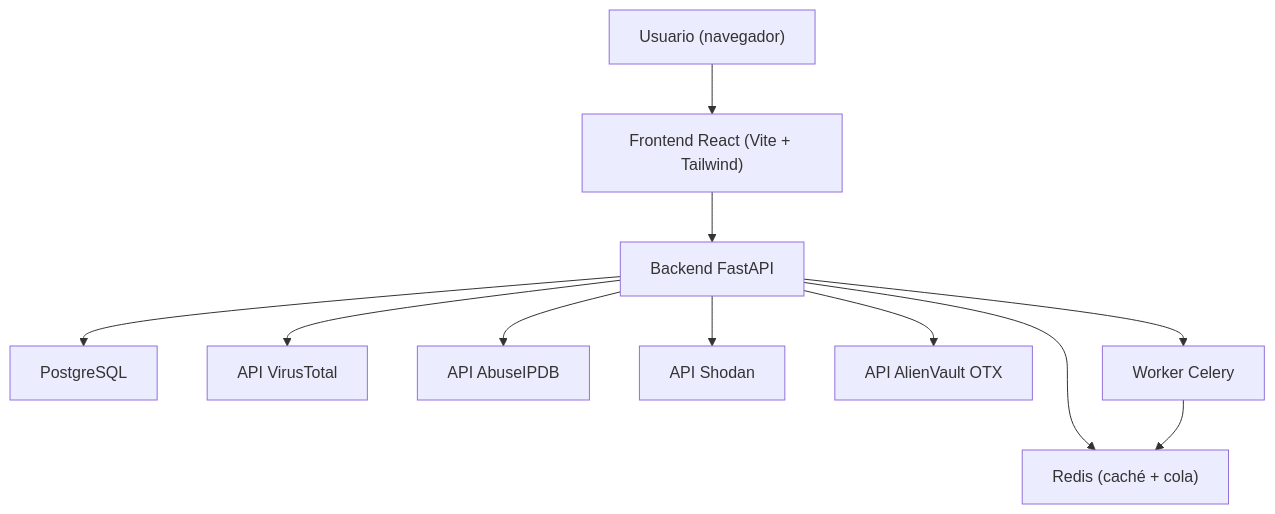
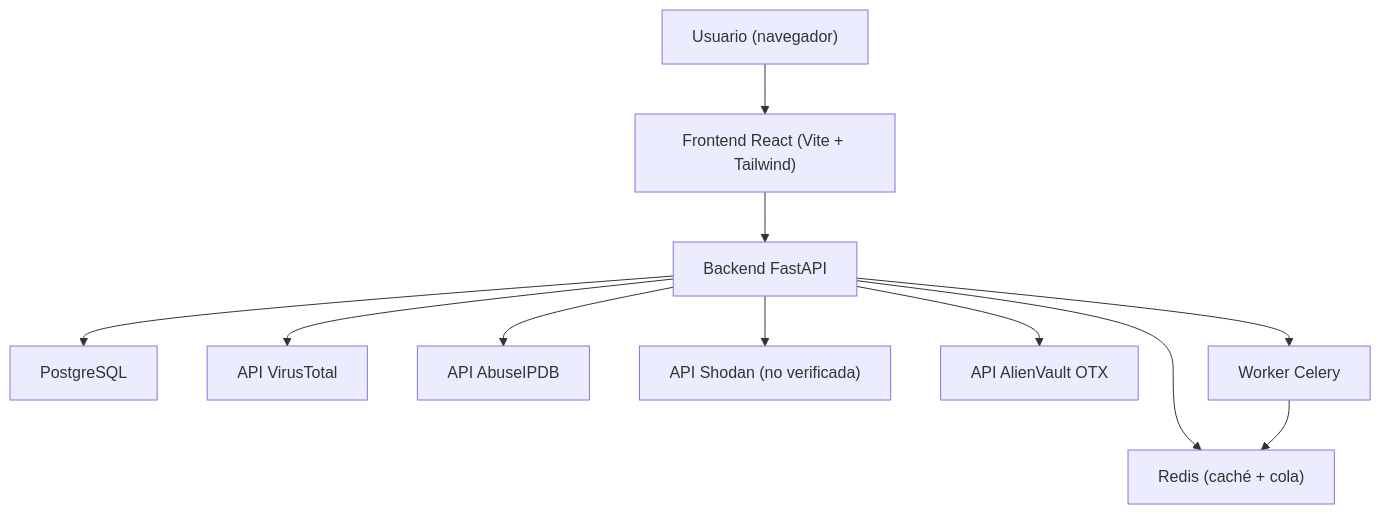
Before and after one commit to alfonsora6/ioc-correlator: the diagram in obsidian/Architecture.md, drawn with Mermaid. The commit also changed other lines of this file and 9 other files, not shown here.

````diff
--- a/obsidian/Architecture.md
+++ b/obsidian/Architecture.md
@@ -9,13 +9,13 @@
 ```mermaid
 graph TD
   User["Usuario (navegador)"] --> Frontend["Frontend React (Vite + Tailwind)"]
   Frontend --> Backend["Backend FastAPI"]
   Backend --> PG["PostgreSQL"]
   Backend --> Redis["Redis (caché + cola)"]
   Backend --> VT["API VirusTotal"]
   Backend --> AB["API AbuseIPDB"]
-  Backend --> SH["API Shodan"]
+  Backend --> SH["API Shodan (no verificada)"]
   Backend --> OTX["API AlienVault OTX"]
   Backend --> Celery["Worker Celery"]
   Celery --> Redis
 ```
````
